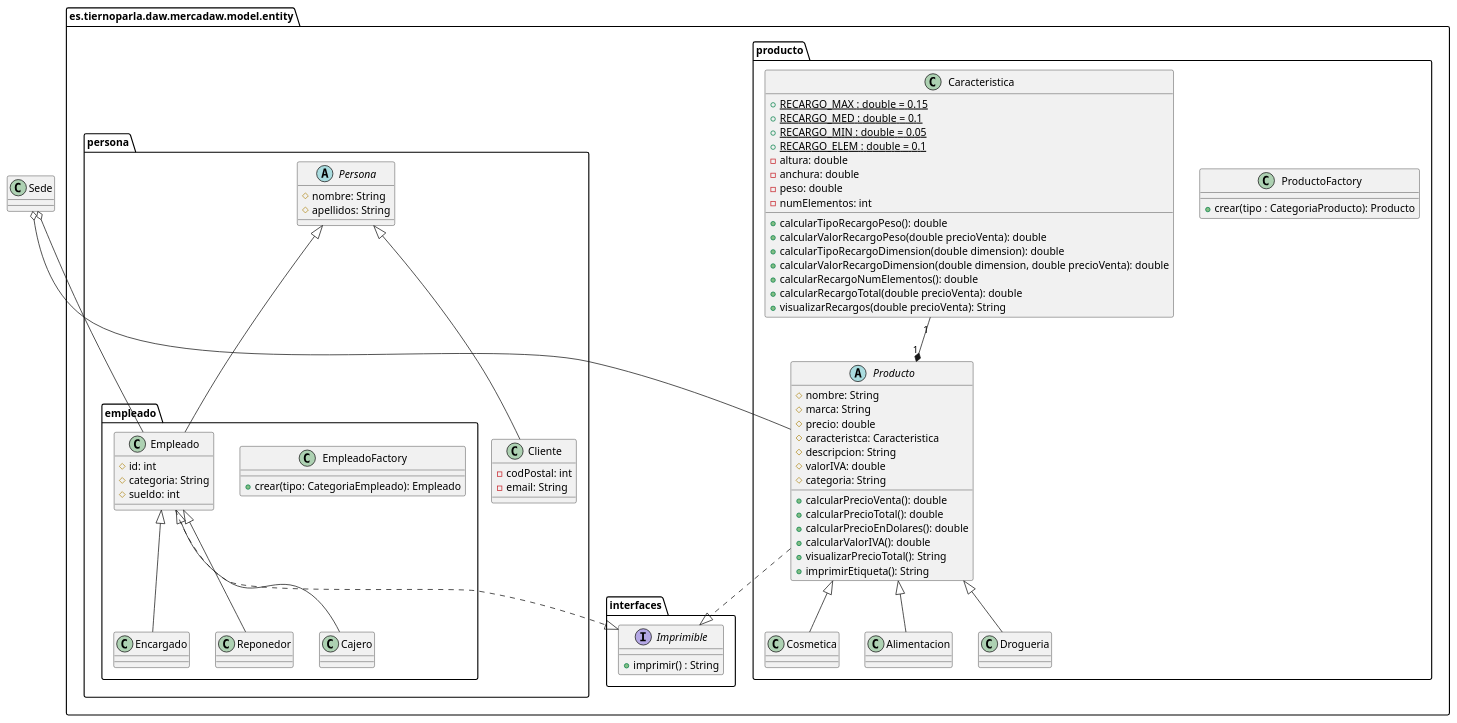
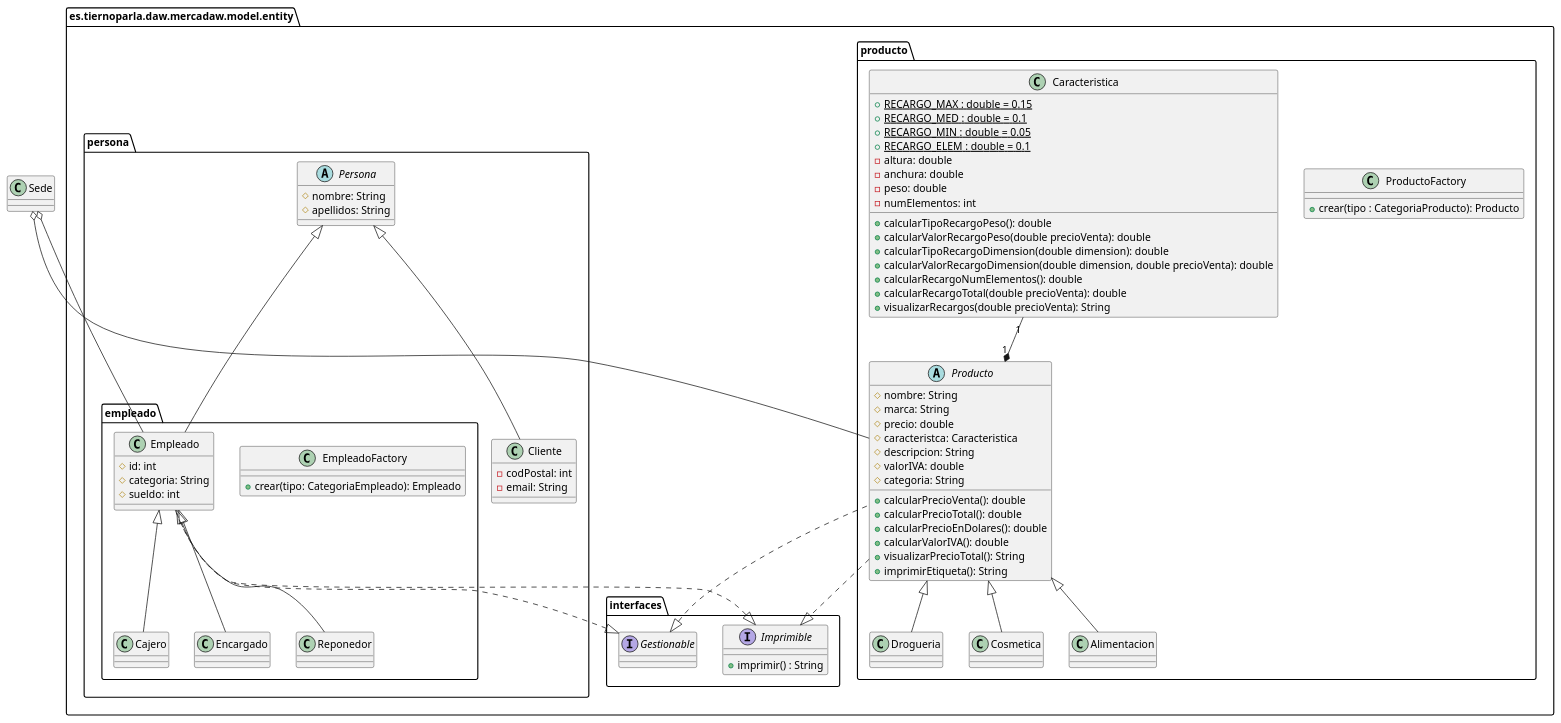
Before and after one commit to adrils16/MercaDawFinal: the diagram in design/Diagramas/Clases/DiagramaClasesEntity.pu, drawn with PlantUML. The commit also changed 16 other files, not shown here.

```diff
--- a/design/Diagramas/Clases/DiagramaClasesEntity.pu
+++ b/design/Diagramas/Clases/DiagramaClasesEntity.pu
@@ -1,132 +1,137 @@
 @startuml Entity
 set namespaceSeparator none
 allow_mixing
 
 package es.tiernoparla.daw.mercadaw.model.entity {
 
     package interfaces {
 
         interface Imprimible {
             +imprimir() : String
         }
+
+        interface Gestionable
 
     }
 
     package producto {
         class ProductoFactory {
             +crear(tipo : CategoriaProducto): Producto
         }
 
         class Caracteristica {
             + RECARGO_MAX : double = 0.15 {static}
             + RECARGO_MED : double = 0.1 {static}
             + RECARGO_MIN : double = 0.05 {static}
             + RECARGO_ELEM : double = 0.1 {static}
             -altura: double
             -anchura: double
             -peso: double
             -numElementos: int
 
             +calcularTipoRecargoPeso(): double
             +calcularValorRecargoPeso(double precioVenta): double
             +calcularTipoRecargoDimension(double dimension): double
             +calcularValorRecargoDimension(double dimension, double precioVenta): double
             +calcularRecargoNumElementos(): double
             +calcularRecargoTotal(double precioVenta): double
             +visualizarRecargos(double precioVenta): String
         }
 
         abstract Producto {
             #nombre: String
             #marca: String
             #precio: double
             #caracteristca: Caracteristica
             #descripcion: String
             #valorIVA: double
             #categoria: String
 
             +calcularPrecioVenta(): double
             +calcularPrecioTotal(): double
             +calcularPrecioEnDolares(): double
             +calcularValorIVA(): double
             +visualizarPrecioTotal(): String
             +imprimirEtiqueta(): String
 
         }
 
         Producto ..|> Imprimible
 
         Caracteristica "1" --*  "1" Producto
 
         class Alimentacion {
 
         }
 
         class Drogueria {
 
         }
 
         class Cosmetica {
 
         }
 
         Producto <|-- Alimentacion
         Producto <|-- Drogueria
         Producto <|-- Cosmetica
     }
 
     package persona {
 
         abstract Persona {
             #nombre: String
             #apellidos: String
         }
 
         package empleado {
 
             class EmpleadoFactory {
                 +crear(tipo: CategoriaEmpleado): Empleado
             }
 
             class Empleado {
 
                 #id: int
                 #categoria: String
                 #sueldo: int
 
             }
 
             Empleado ..|> Imprimible
 
             class Reponedor {
                 
             }
 
             class Cajero {
                 
             }
 
             class Encargado {
                 
             }
 
         }
 
         class Cliente {
             -codPostal: int
             -email: String
         }
 
         Empleado <|-- Reponedor
         Empleado <|-- Cajero
         Empleado <|-- Encargado
 
         Persona <|-- Empleado
         Persona <|-- Cliente
     }
 
 }
 Sede o-- Empleado
 Sede o-- Producto
 
+Gestionable <|.. Producto
+Gestionable <|.. Empleado
+
 @enduml
```
